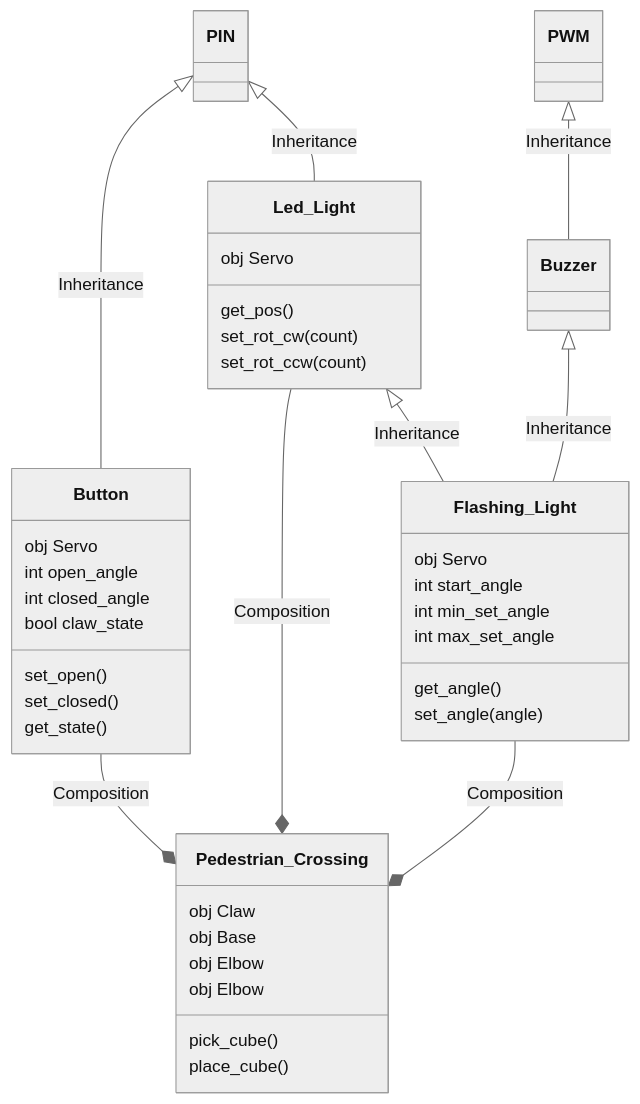
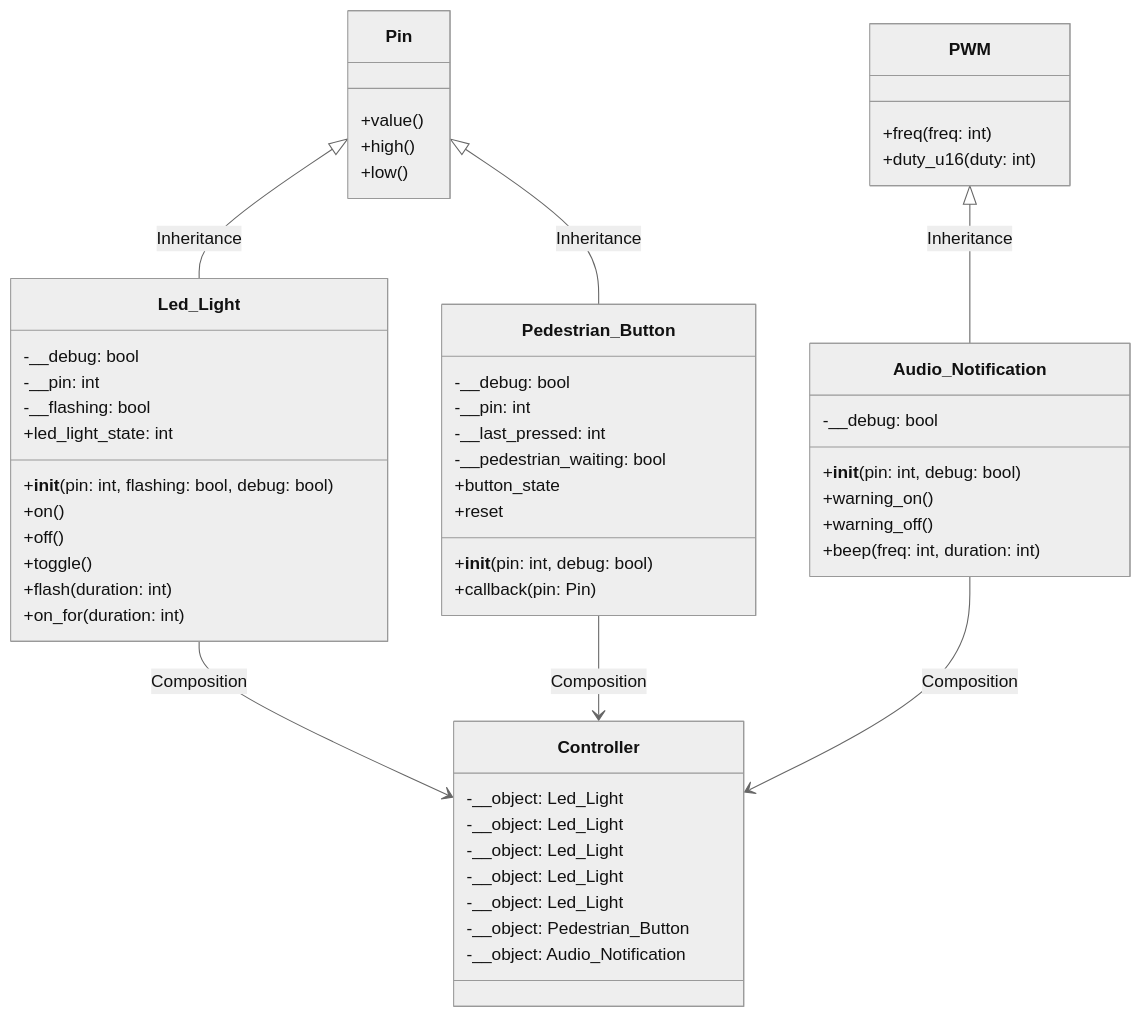
Before and after one commit to sphisi/2026SE_pi_Pico_Mini_OOP: the diagram in README.md, drawn with Mermaid (neutral theme). The commit also changed other lines of this file, not shown here.

````diff
--- a/README.md
+++ b/README.md
@@ -96,45 +96,63 @@
 ```mermaid
 classDiagram
-    PIN <|-- Button : Inheritance
-    PIN <|-- Led_Light : Inheritance
-    PWM <|-- Buzzer : Inheritance
-    Led_Light <|-- Flashing_Light : Inheritance
-    Buzzer <|-- Flashing_Light : Inheritance
-    Button --* Pedestrian_Crossing : Composition
-    Led_Light --* Pedestrian_Crossing : Composition
-    Flashing_Light --* Pedestrian_Crossing : Composition
-    class PIN{
+    class Pin {
+        +value()
+        +high()
+        +low()
+    }
 
+    class PWM {
+        +freq(freq: int)
+        +duty_u16(duty: int)
     }
-    class Led_Light{
-        obj Servo
-        get_pos()
-        set_rot_cw(count)
-        set_rot_ccw(count)
+
+    class Audio_Notification {
+        -__debug: bool
+        +__init__(pin: int, debug: bool)
+        +warning_on()
+        +warning_off()
+        +beep(freq: int, duration: int)
     }
-    class Flashing_Light{
-        obj Servo
-        int start_angle
-        int min_set_angle
-        int max_set_angle
-        get_angle()
-        set_angle(angle)
+    PWM <|-- Audio_Notification : Inheritance
+
+    class Led_Light {
+        -__debug: bool
+        -__pin: int
+        -__flashing: bool
+        +__init__(pin: int, flashing: bool, debug: bool)
+        +on()
+        +off()
+        +toggle()
+        +flash(duration: int)
+        +on_for(duration: int)
+        +led_light_state: int
     }
-    class Button{
-        obj Servo
-        int open_angle
-        int closed_angle
-        bool claw_state
-        set_open()
-        set_closed()
-        get_state()
+    Pin <|-- Led_Light : Inheritance
+
+    class Pedestrian_Button {
+        -__debug: bool
+        -__pin: int
+        -__last_pressed: int
+        -__pedestrian_waiting: bool
+        +__init__(pin: int, debug: bool)
+        +callback(pin: Pin)
+        +button_state
+        +reset
     }
-    class Pedestrian_Crossing{
-        obj Claw
-        obj Base
-        obj Elbow
-        obj Elbow
-        pick_cube()
-        place_cube()
+    Pin <|-- Pedestrian_Button : Inheritance
+
+    class Controller {
+        -__object: Led_Light
+        -__object: Led_Light
+        -__object: Led_Light
+        -__object: Led_Light
+        -__object: Led_Light
+        -__object: Pedestrian_Button
+        -__object: Audio_Notification
     }
+
+    Led_Light --> Controller : Composition
+    Audio_Notification --> Controller : Composition
+    Pedestrian_Button --> Controller : Composition
+
 ```
````
